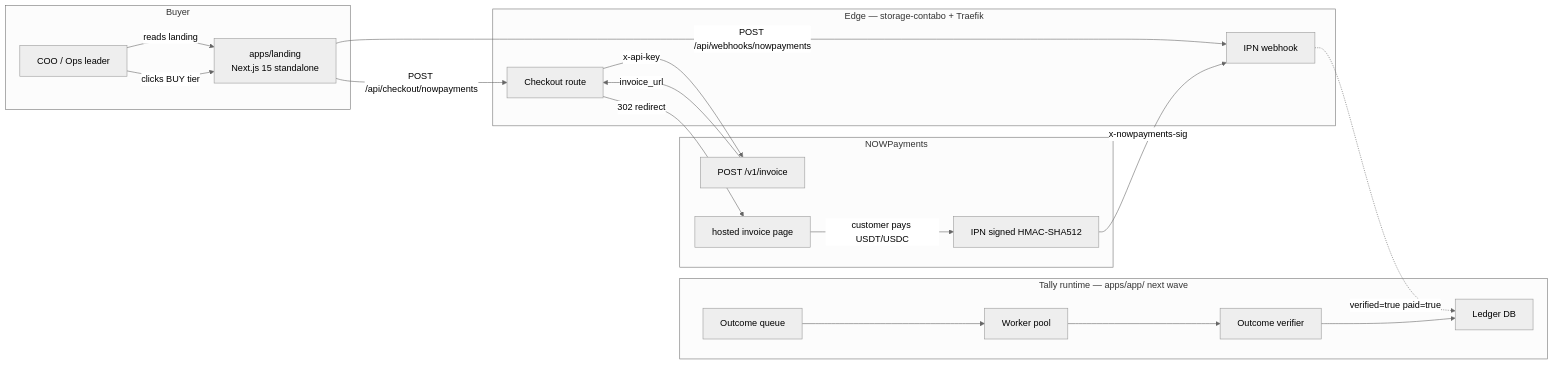
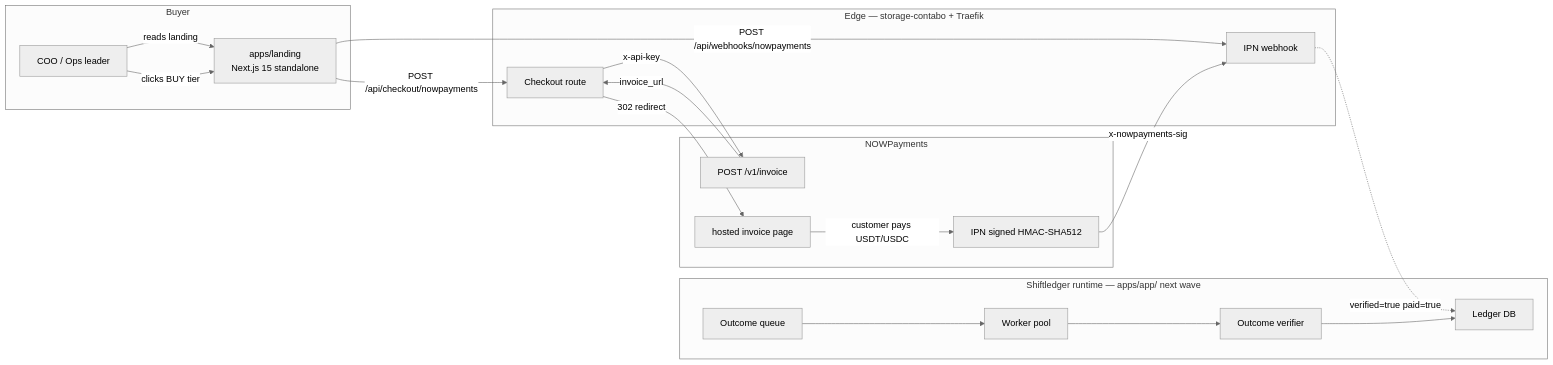
One commit to prin7r-projects/ai-worker-as-a-service changed the first of 2 diagrams in docs/02-architecture.md. Above: the diagram before and after it, drawn with Mermaid (neutral theme). The commit also changed other lines of this file and 38 other files, not shown here.

First line of the commit message:
Rebrand: Tally → Shiftledger (FAIL on tally.so SaaS conflict)

````diff
--- a/docs/02-architecture.md
+++ b/docs/02-architecture.md
@@ -7,37 +7,37 @@
 ```mermaid
 flowchart LR
   subgraph Buyer
     B1[COO / Ops leader]
     B1 -->|reads landing| L
     B1 -->|clicks BUY tier| L
   end
 
   subgraph Edge[Edge — storage-contabo + Traefik]
     L[apps/landing<br/>Next.js 15 standalone]
     L -->|POST /api/checkout/nowpayments| LCK[Checkout route]
     L -->|POST /api/webhooks/nowpayments| LWH[IPN webhook]
   end
 
   subgraph NOW[NOWPayments]
     NOWAPI[POST /v1/invoice]
     NOWHosted[hosted invoice page]
     NOWIPN[IPN signed HMAC-SHA512]
   end
 
   LCK -->|x-api-key| NOWAPI
   NOWAPI -->|invoice_url| LCK
   LCK -->|302 redirect| NOWHosted
   NOWHosted -->|customer pays USDT/USDC| NOWIPN
   NOWIPN -->|x-nowpayments-sig| LWH
 
-  subgraph FUTURE[Tally runtime — apps/app/ next wave]
+  subgraph FUTURE[Shiftledger runtime — apps/app/ next wave]
     Q[Outcome queue]
     W1[Worker pool]
     V[Outcome verifier]
     L2[Ledger DB]
     LWH -.->|verified=true paid=true| L2
     Q --> W1
     W1 --> V
     V --> L2
   end
 ```
````
